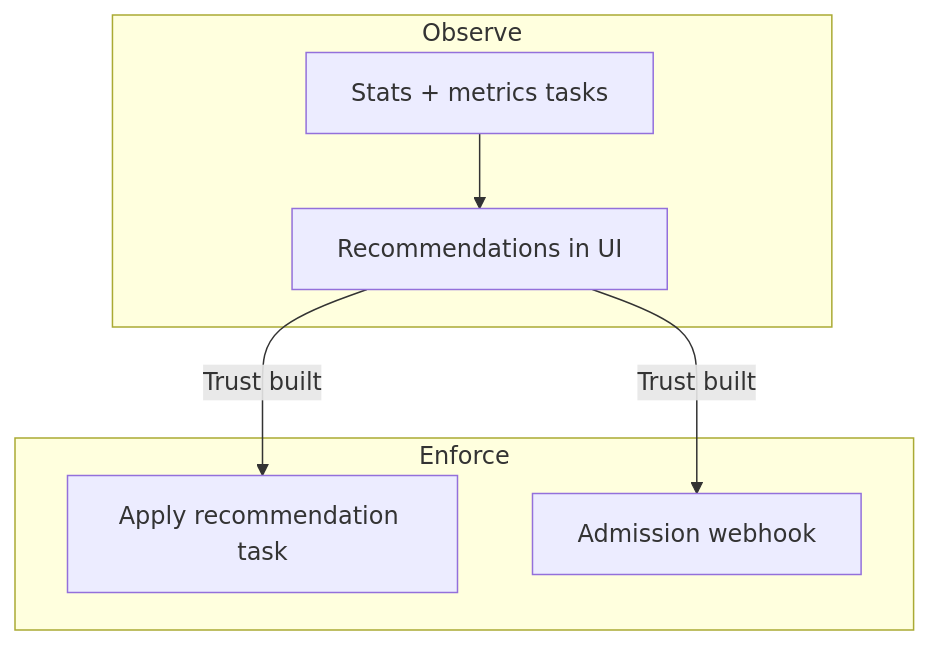
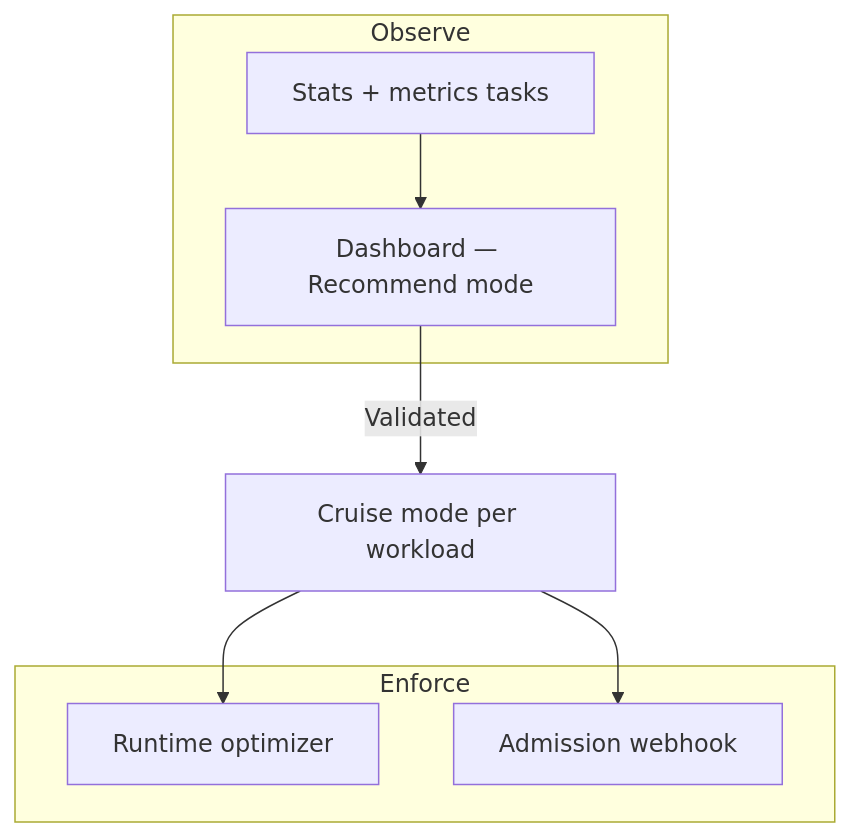
The diagram in docs/src/dev-cost.md (truefoundry/CruiseKube), drawn with Mermaid before and after one commit. The commit also changed other lines of this file and 19 other files, not shown here.

````diff
--- a/docs/src/dev-cost.md
+++ b/docs/src/dev-cost.md
@@ -38,14 +39,15 @@
 ```mermaid
 flowchart TD
   subgraph observe[Observe]
     S[Stats + metrics tasks]
-    R[Recommendations in UI]
+    R[Dashboard — Recommend mode]
   end
   subgraph enforce[Enforce]
-    A[Apply recommendation task]
+    A[Runtime optimizer]
     W[Admission webhook]
   end
   S --> R
-  R -->|Trust built| A
-  R -->|Trust built| W
+  R -->|Validated| C[Cruise mode per workload]
+  C --> A
+  C --> W
 ```
````
